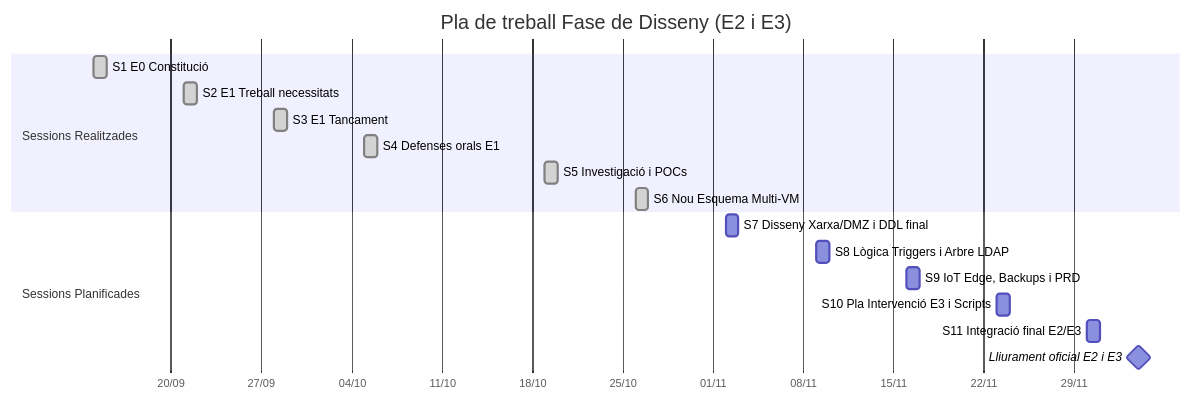
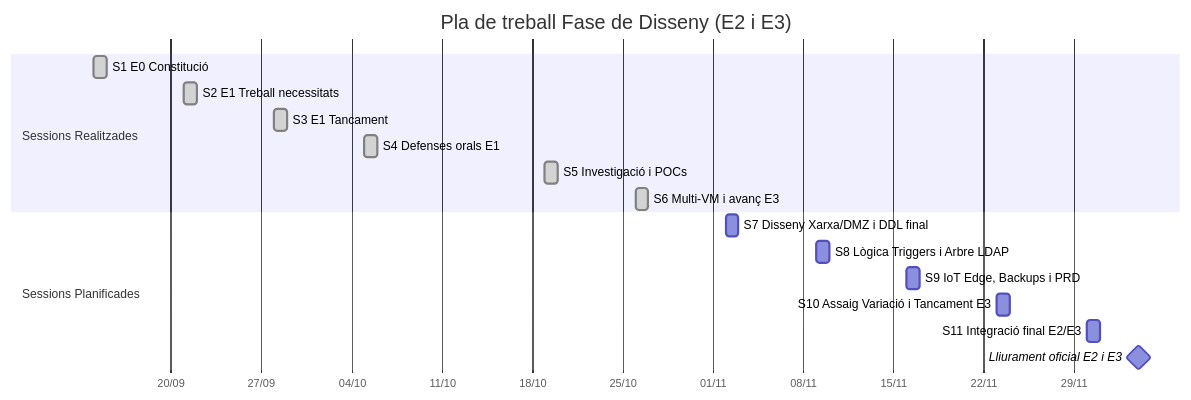
Before and after one commit to JoanGarcia25/avigest-projecte: the diagram in docs/diari_treball/diari_treball.md, drawn with Mermaid. The commit also changed other lines of this file, not shown here.

Commit message:
docs(diari): millorar coherencia de la Sessio 6 i pla futur amb Ubuntu 24.04

````diff
--- a/docs/diari_treball/diari_treball.md
+++ b/docs/diari_treball/diari_treball.md
@@ -154,20 +153,20 @@
 ```mermaid
 gantt
     title Pla de treball Fase de Disseny (E2 i E3)
     dateFormat  YYYY-MM-DD
     axisFormat  %d/%m
     section Sessions Realitzades
     S1 E0 Constitució        :done, 2026-09-14, 1d
     S2 E1 Treball necessitats :done, 2026-09-21, 1d
     S3 E1 Tancament           :done, 2026-09-28, 1d
     S4 Defenses orals E1      :done, 2026-10-05, 1d
     S5 Investigació i POCs    :done, 2026-10-19, 1d
-    S6 Nou Esquema Multi-VM   :done, 2026-10-26, 1d
+    S6 Multi-VM i avanç E3    :done, 2026-10-26, 1d
     section Sessions Planificades
     S7 Disseny Xarxa/DMZ i DDL final   :2026-11-02, 1d
     S8 Lògica Triggers i Arbre LDAP     :2026-11-09, 1d
     S9 IoT Edge, Backups i PRD          :2026-11-16, 1d
-    S10 Pla Intervenció E3 i Scripts    :2026-11-23, 1d
+    S10 Assaig Variació i Tancament E3  :2026-11-23, 1d
     S11 Integració final E2/E3          :2026-11-30, 1d
     Lliurament oficial E2 i E3          :milestone, 2026-12-04, 0d
 ```
````
